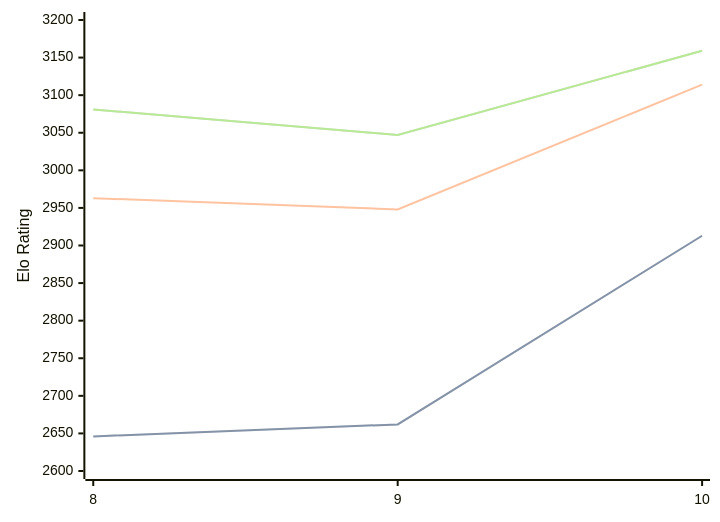
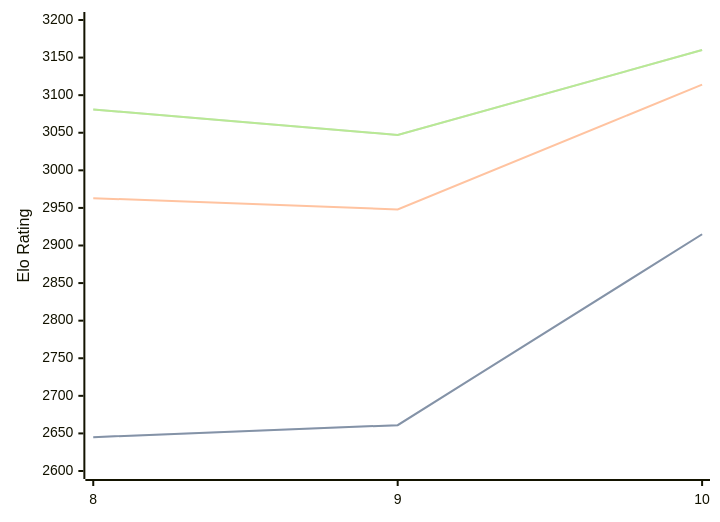
One commit to computer-chess-index/cci changed the diagram in engines/Lozza.md. Above: the diagram before and after it, drawn with Mermaid. The commit also changed other lines of this file, not shown here.

Commit message:
Update CCI Ratings (ELO VLTC) - 2026-02-27

````diff
--- a/engines/Lozza.md
+++ b/engines/Lozza.md
@@ -39,11 +39,11 @@
 ```mermaid
 %%{init: {"theme":"base","themeVariables":{"seriesColors:['#a3a3a3','#222221','#faa371']}}}%%
 xychart-beta
   x-axis ["8", "9", "10"]
   y-axis "Elo Rating" 2600 --> 3200
-  line "STC (8.0+0.08s)" [2646, 2662, 2913]
-  line "STC (8.0+0.08s)" [2646, 2662, 2913]
+  line "STC (8.0+0.08s)" [2645, 2661, 2915]
+  line "STC (8.0+0.08s)" [2645, 2661, 2915]
   line "LTC (60.0+0.60s)" [2963, 2948, 3114]
-  line "VLTC (2m24s+1.12s)" [3081, 3047, 3159]
-  line "VLTC (2m24s+1.12s)" [3081, 3047, 3159]
+  line "VLTC (2m24s+1.12s)" [3081, 3047, 3160]
+  line "VLTC (2m24s+1.12s)" [3081, 3047, 3160]
 ```
````
